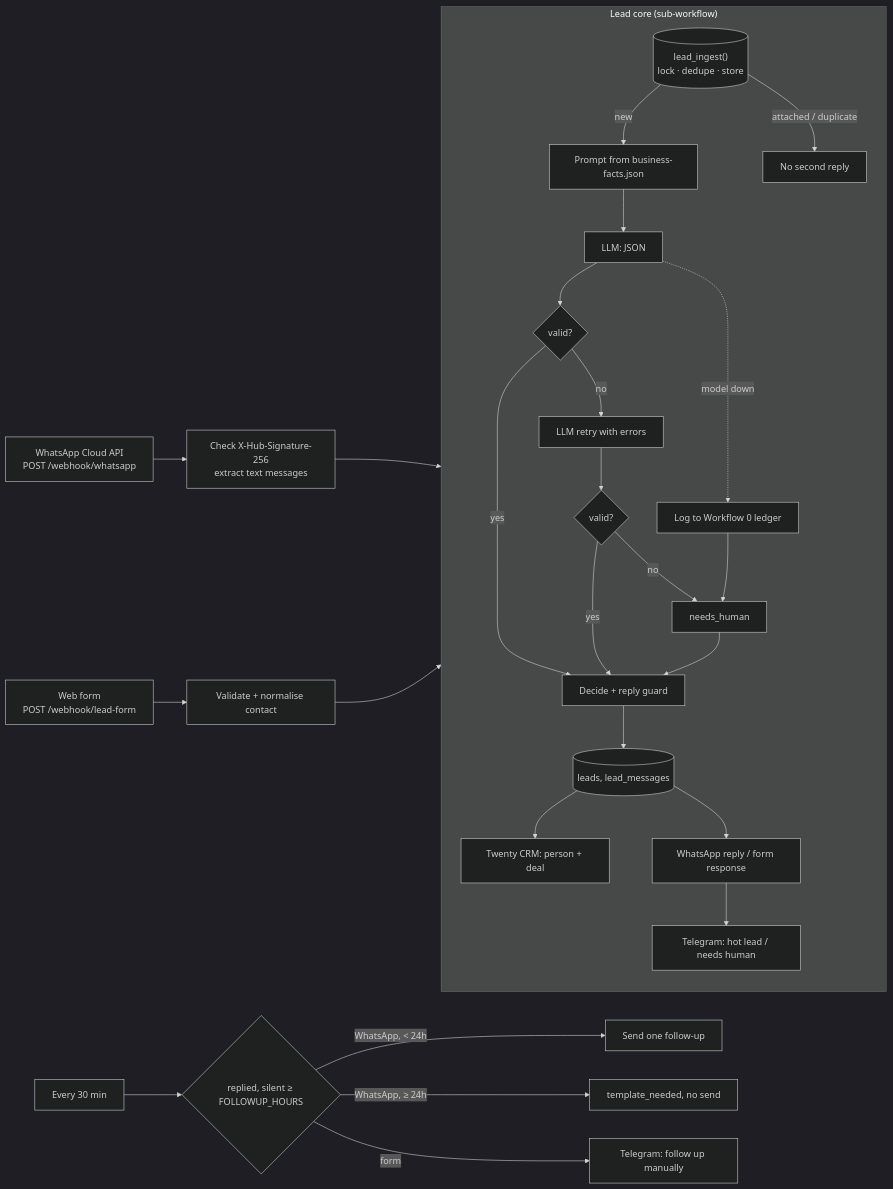
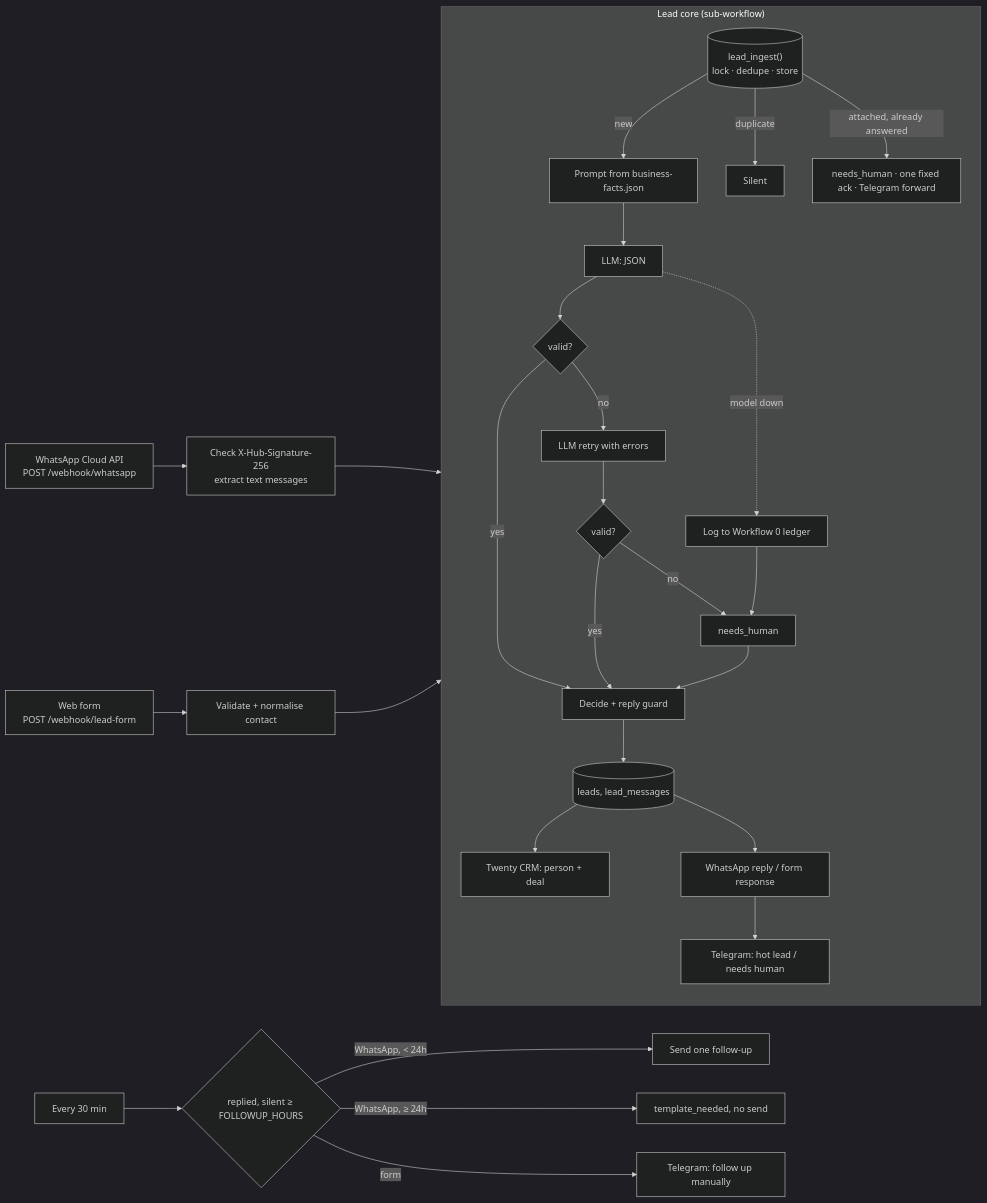
One commit to AbhishekbuildsAutomations/ai-ops-workflows changed the diagram in workflows/01-whatsapp-lead-agent/README.md. Above: the diagram before and after it, drawn with Mermaid (dark theme). The commit also changed other lines of this file and 1 other file, not shown here.

````diff
--- a/workflows/01-whatsapp-lead-agent/README.md
+++ b/workflows/01-whatsapp-lead-agent/README.md
@@ -30,26 +31,27 @@
 ```mermaid
 flowchart LR
     WA["WhatsApp Cloud API<br/>POST /webhook/whatsapp"] --> SIG["Check X-Hub-Signature-256<br/>extract text messages"]
     FORM["Web form<br/>POST /webhook/lead-form"] --> VAL["Validate + normalise contact"]
     SIG --> CORE
     VAL --> CORE
     subgraph CORE["Lead core (sub-workflow)"]
         ING[("lead_ingest()<br/>lock · dedupe · store")] -->|new| P[Prompt from business-facts.json]
-        ING -->|attached / duplicate| R0[No second reply]
+        ING -->|duplicate| R0[Silent]
+        ING -->|attached, already answered| HO[needs_human · one fixed ack · Telegram forward]
         P --> L1[LLM: JSON] --> V1{valid?}
         V1 -->|no| L2[LLM retry with errors] --> V2{valid?}
         V1 -->|yes| D
         V2 -->|yes| D
         V2 -->|no| NH[needs_human]
         L1 -. model down .-> LOG[Log to Workflow 0 ledger] --> NH
         NH --> D[Decide + reply guard]
         D --> S[(leads, lead_messages)]
         S --> CRM[Twenty CRM: person + deal]
         S --> SEND[WhatsApp reply / form response]
         SEND --> T[Telegram: hot lead / needs human]
     end
     CRON[Every 30 min] --> FU{"replied, silent ≥ FOLLOWUP_HOURS"}
     FU -->|WhatsApp, < 24h| F1[Send one follow-up]
     FU -->|WhatsApp, ≥ 24h| F2[template_needed, no send]
     FU -->|form| F3[Telegram: follow up manually]
 ```
````
